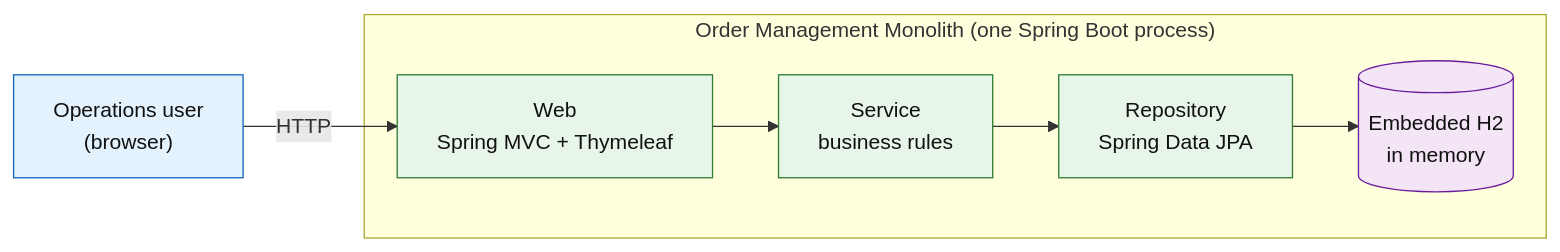
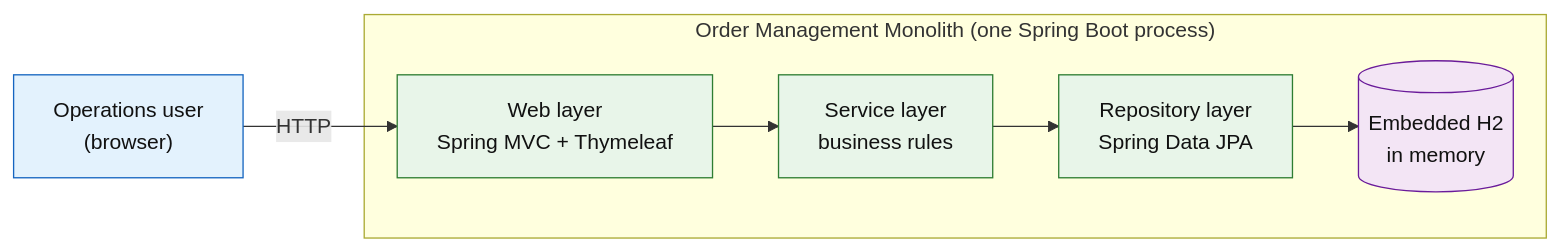
The first of 2 diagrams in README.md (raviganesh-ai/fake-monolith), drawn with Mermaid before and after one commit. The commit also changed other lines of this file and 2 other files, not shown here.

````diff
--- a/README.md
+++ b/README.md
@@ -40,14 +66,14 @@
 ```mermaid
 flowchart LR
     browser["Operations user<br/>(browser)"]:::actor
     subgraph app["Order Management Monolith (one Spring Boot process)"]
-        web["Web<br/>Spring MVC + Thymeleaf"]:::compute
-        svc["Service<br/>business rules"]:::compute
-        repo["Repository<br/>Spring Data JPA"]:::compute
+        web["Web layer<br/>Spring MVC + Thymeleaf"]:::compute
+        svc["Service layer<br/>business rules"]:::compute
+        repo["Repository layer<br/>Spring Data JPA"]:::compute
         h2[("Embedded H2<br/>in memory")]:::data
     end
     browser -->|HTTP| web --> svc --> repo --> h2
     classDef actor fill:#E3F2FD,stroke:#1565C0,color:#111;
     classDef compute fill:#E8F5E9,stroke:#2E7D32,color:#111;
     classDef data fill:#F3E5F5,stroke:#6A1B9A,color:#111;
 ```
````
